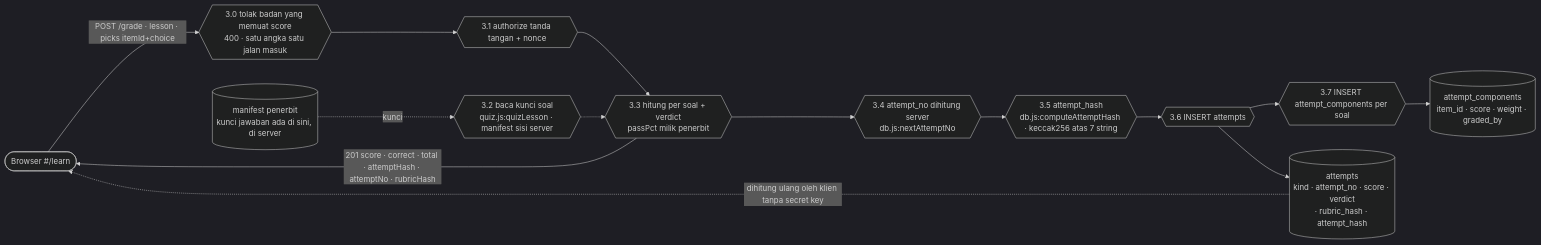
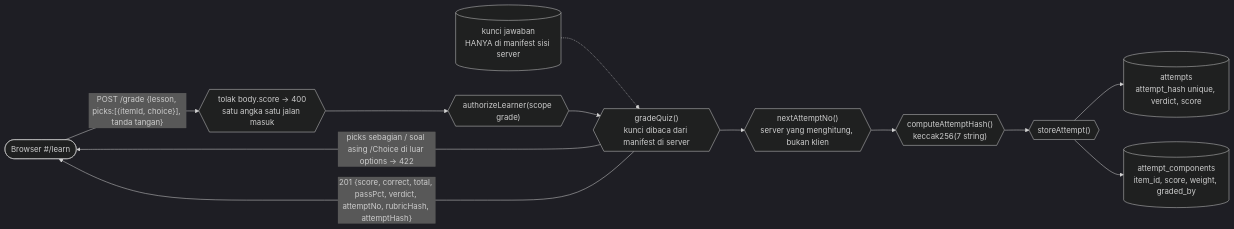
Before and after one commit to Shenhan01-sys/Lencana: the sixth of 15 diagrams in vault/00-Overview/12 - Business Process.md, drawn with Mermaid (dark theme). The commit also changed other lines of this file and 14 other files, not shown here.

````diff
--- a/vault/00-Overview/12 - Business Process.md
+++ b/vault/00-Overview/12 - Business Process.md
@@ -267,29 +267,25 @@
 ```mermaid
 flowchart LR
   BR([Browser #/learn])
-  GR{{"3.0 tolak badan yang memuat score<br/>400 · satu angka satu jalan masuk"}}
-  AU{{"3.1 authorize tanda tangan + nonce"}}
-  KEY{{"3.2 baca kunci soal<br/>quiz.js:quizLesson · manifest sisi server"}}
-  SC{{"3.3 hitung per soal + verdict<br/>passPct milik penerbit"}}
-  NO{{"3.4 attempt_no dihitung server<br/>db.js:nextAttemptNo"}}
-  HA{{"3.5 attempt_hash<br/>db.js:computeAttemptHash · keccak256 atas 7 string"}}
-  W1{{"3.6 INSERT attempts"}}
-  W2{{"3.7 INSERT attempt_components per soal"}}
-  K1[("attempts<br/>kind · attempt_no · score · verdict<br/>· rubric_hash · attempt_hash")]
-  K2[("attempt_components<br/>item_id · score · weight · graded_by")]
-  CAT[("manifest penerbit<br/>kunci jawaban ada di sini, di server")]
+  G0{{"tolak body.score → 400<br/>satu angka satu jalan masuk"}}
+  G1{{"authorizeLearner(scope grade)"}}
+  G2{{"gradeQuiz()<br/>kunci dibaca dari manifest di server"}}
+  G3{{"nextAttemptNo()<br/>server yang menghitung, bukan klien"}}
+  G4{{"computeAttemptHash()<br/>keccak256(7 string)"}}
+  G5{{"storeAttempt()"}}
+  K1[("attempts<br/>attempt_hash unique, verdict, score")]
+  K2[("attempt_components<br/>item_id, score, weight, graded_by")]
+  KB[("kunci jawaban<br/>HANYA di manifest sisi server")]
 
-  BR -->|POST /grade · lesson · picks itemId+choice| GR
-  GR --> AU
-  AU --> SC
-  CAT -.->|kunci| KEY
-  KEY -.-> SC
-  SC --> NO
-  NO --> HA
-  HA --> W1
-  W1 --> K1
-  W2 --> K2
-  W1 --> W2
-  SC -->|201 score · correct · total · attemptHash · attemptNo · rubricHash| BR
-  K1 -.->|dihitung ulang oleh klien tanpa secret key| BR
+  BR -->|"POST /grade {lesson, picks:[{itemId, choice}], tanda tangan}"| G0
+  G0 --> G1
+  KB -.-> G2
+  G1 --> G2
+  G2 -->|"picks sebagian / soal asing /Choice di luar options → 422"| BR
+  G2 --> G3
+  G3 --> G4
+  G4 --> G5
+  G5 --> K1
+  G5 --> K2
+  G2 -->|"201 {score, correct, total, passPct, verdict, attemptNo, rubricHash, attemptHash}"| BR
 ```
````
